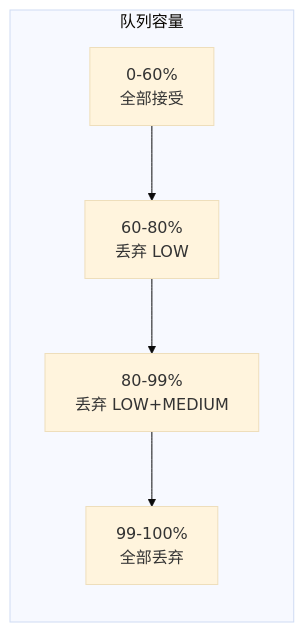
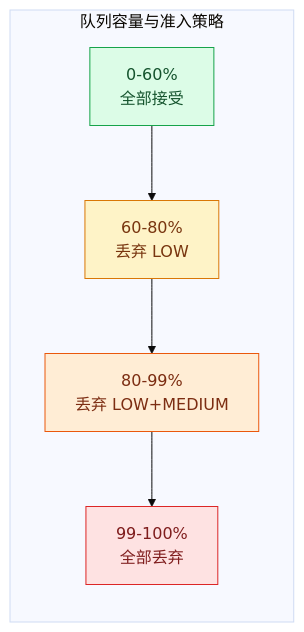
The third of 3 diagrams in content/posts/performance/mccc_lockfree_mpsc_design.md (DeguiLiu/tech-notes), drawn with Mermaid (base theme) before and after one commit. The commit also changed other lines of this file and 20 other files, not shown here.

First line of the commit message:
story-docs(blog): de-AI performance posts and color bus diagrams

````diff
--- a/content/posts/performance/mccc_lockfree_mpsc_design.md
+++ b/content/posts/performance/mccc_lockfree_mpsc_design.md
@@ -169,10 +176,14 @@
 ```mermaid
 flowchart LR
-    subgraph Queue[队列容量]
-        L[0-60%<br/>全部接受]
-        M[60-80%<br/>丢弃 LOW]
-        H[80-99%<br/>丢弃 LOW+MEDIUM]
-        F[99-100%<br/>全部丢弃]
+    subgraph Queue["队列容量与准入策略"]
+        L["0-60%<br/>全部接受"]:::ok
+        M["60-80%<br/>丢弃 LOW"]:::warn
+        H["80-99%<br/>丢弃 LOW+MEDIUM"]:::warn2
+        F["99-100%<br/>全部丢弃"]:::drop
     end
     L --> M --> H --> F
+    classDef ok fill:#dcfce7,stroke:#16a34a,color:#14532d
+    classDef warn fill:#fef3c7,stroke:#d97706,color:#78350f
+    classDef warn2 fill:#ffedd5,stroke:#ea580c,color:#7c2d12
+    classDef drop fill:#fee2e2,stroke:#dc2626,color:#7f1d1d
 ```
````
